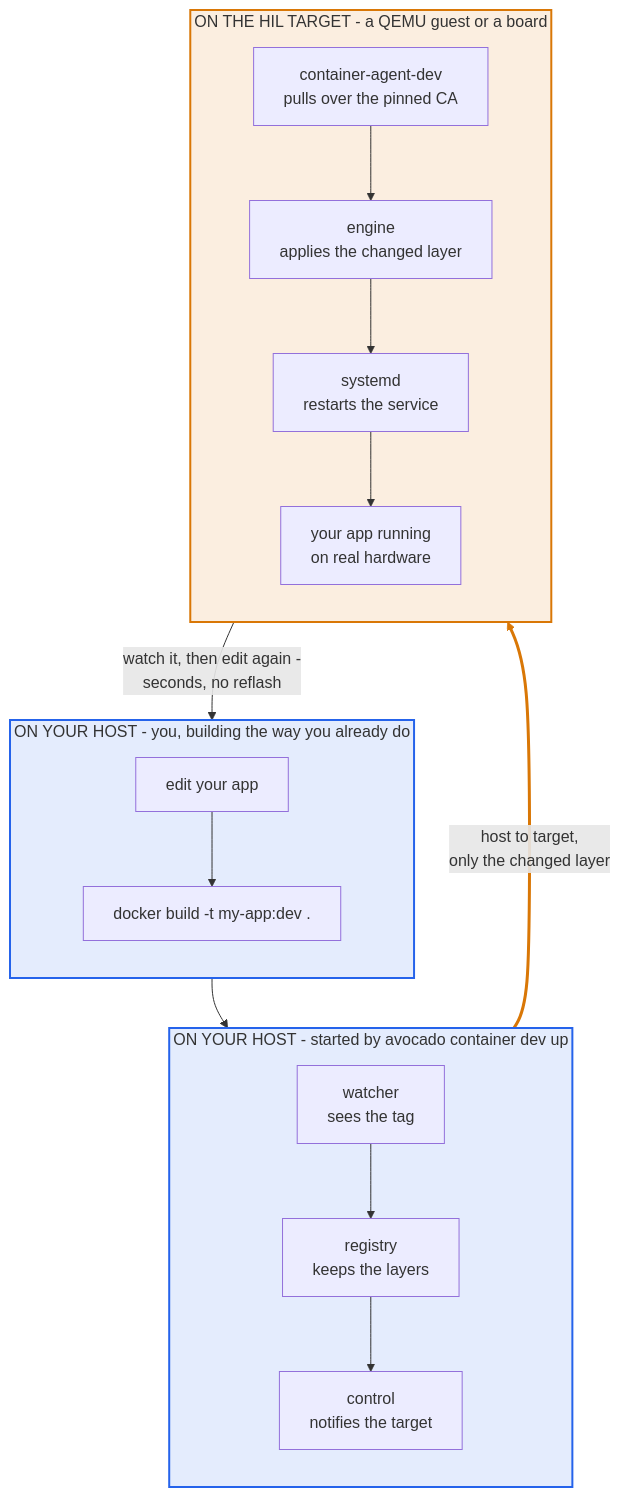
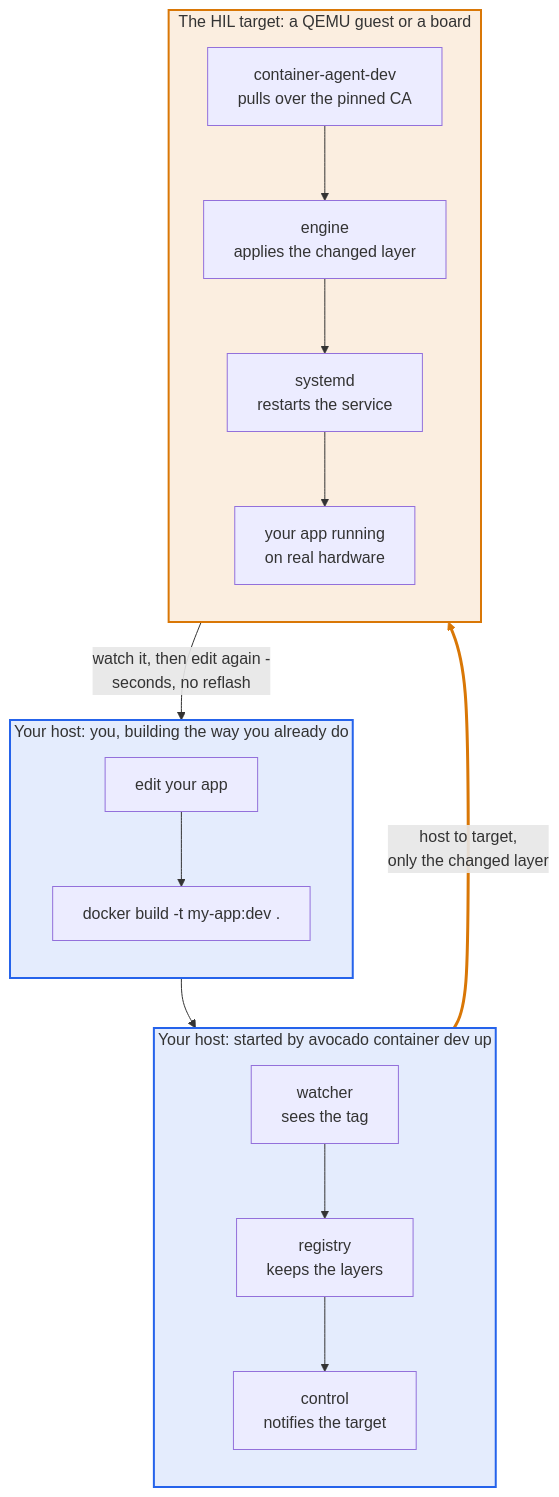
One commit to peridio/docs changed the first of 5 diagrams in src/docs-guides/container-dev-mode.md. Above: the diagram before and after it, drawn with Mermaid. The commit also changed other lines of this file, not shown here.

First line of the commit message:
docs-guides/container-dev-mode: stop the diagrams shouting

````diff
--- a/src/docs-guides/container-dev-mode.md
+++ b/src/docs-guides/container-dev-mode.md
@@ -38,45 +38,45 @@
 ```mermaid
 flowchart TD
-    subgraph you["ON YOUR HOST - you, building the way you already do"]
+    subgraph you["Your host: you, building the way you already do"]
         direction TB
         edit["edit your app"]
         build["docker build -t my-app:dev ."]
         edit --> build
     end
 
-    subgraph host["ON YOUR HOST - started by avocado container dev up"]
+    subgraph host["Your host: started by avocado container dev up"]
         direction TB
         watcher["watcher<br/>sees the tag"]
         registry["registry<br/>keeps the layers"]
         control["control<br/>notifies the target"]
         watcher --> registry --> control
     end
 
-    subgraph target["ON THE HIL TARGET - a QEMU guest or a board"]
+    subgraph target["The HIL target: a QEMU guest or a board"]
         direction TB
         agent["container-agent-dev<br/>pulls over the pinned CA"]
         engine["engine<br/>applies the changed layer"]
         unit["systemd<br/>restarts the service"]
         running["your app running<br/>on real hardware"]
         agent --> engine --> unit --> running
     end
 
     build --> watcher
     control -->|"host to target,<br/>only the changed layer"| agent
     running -->|"watch it, then edit again -<br/>seconds, no reflash"| edit
 
     %% Blue is your host, amber is the target, everywhere on this page. Blue and
     %% amber rather than the more obvious green and red because that pair stays
     %% distinguishable with the common forms of colour blindness. The fills carry
     %% an alpha channel so they TINT the page rather than paint over it, which is
     %% what keeps the text legible in both light and dark mode - a solid light
     %% fill turns illegible the moment the reader flips to dark. Colour is never
     %% the only signal: each group also says which machine it is.
     style you fill:#2563eb1f,stroke:#2563eb,stroke-width:2px
     style host fill:#2563eb1f,stroke:#2563eb,stroke-width:2px
     style target fill:#d977061f,stroke:#d97706,stroke-width:2px
     %% Link 7 is the one arrow that leaves your host, thickened so the single
     %% network hop is the most visible edge in the figure. Indices count every
     %% link in declaration order, and a chain contributes one per arrow.
     linkStyle 7 stroke:#d97706,stroke-width:3px
 ```
````
